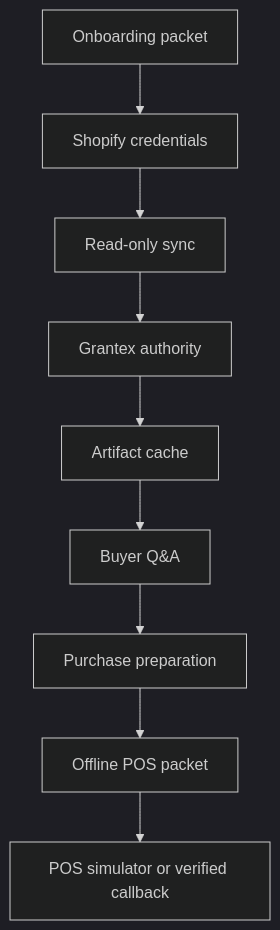
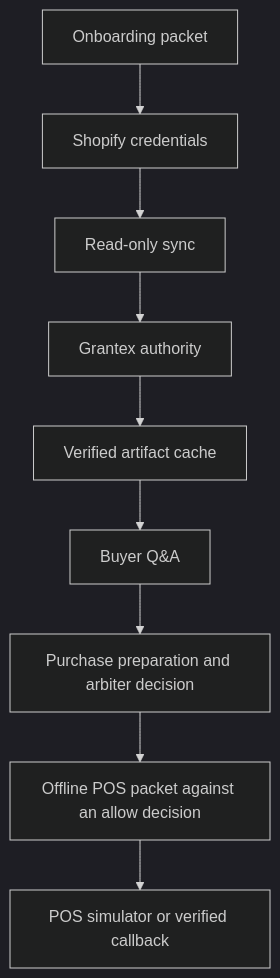
Before and after one commit to mishrasanjeev/agentic-org: the diagram in docs/oacp/explainers/launch-rollback-runbook.md, drawn with Mermaid (dark theme). The commit also changed other lines of this file and 36 other files, not shown here.

````diff
--- a/docs/oacp/explainers/launch-rollback-runbook.md
+++ b/docs/oacp/explainers/launch-rollback-runbook.md
@@ -7,11 +21,11 @@
 ```mermaid
 flowchart TD
   packet[Onboarding packet] --> shopify[Shopify credentials]
   shopify --> sync[Read-only sync]
   sync --> authority[Grantex authority]
-  authority --> cache[Artifact cache]
+  authority --> cache[Verified artifact cache]
   cache --> buyer[Buyer Q&A]
-  buyer --> prepare[Purchase preparation]
-  prepare --> pos[Offline POS packet]
+  buyer --> prepare[Purchase preparation and arbiter decision]
+  prepare --> pos[Offline POS packet against an allow decision]
   pos --> reconcile[POS simulator or verified callback]
 ```
````
